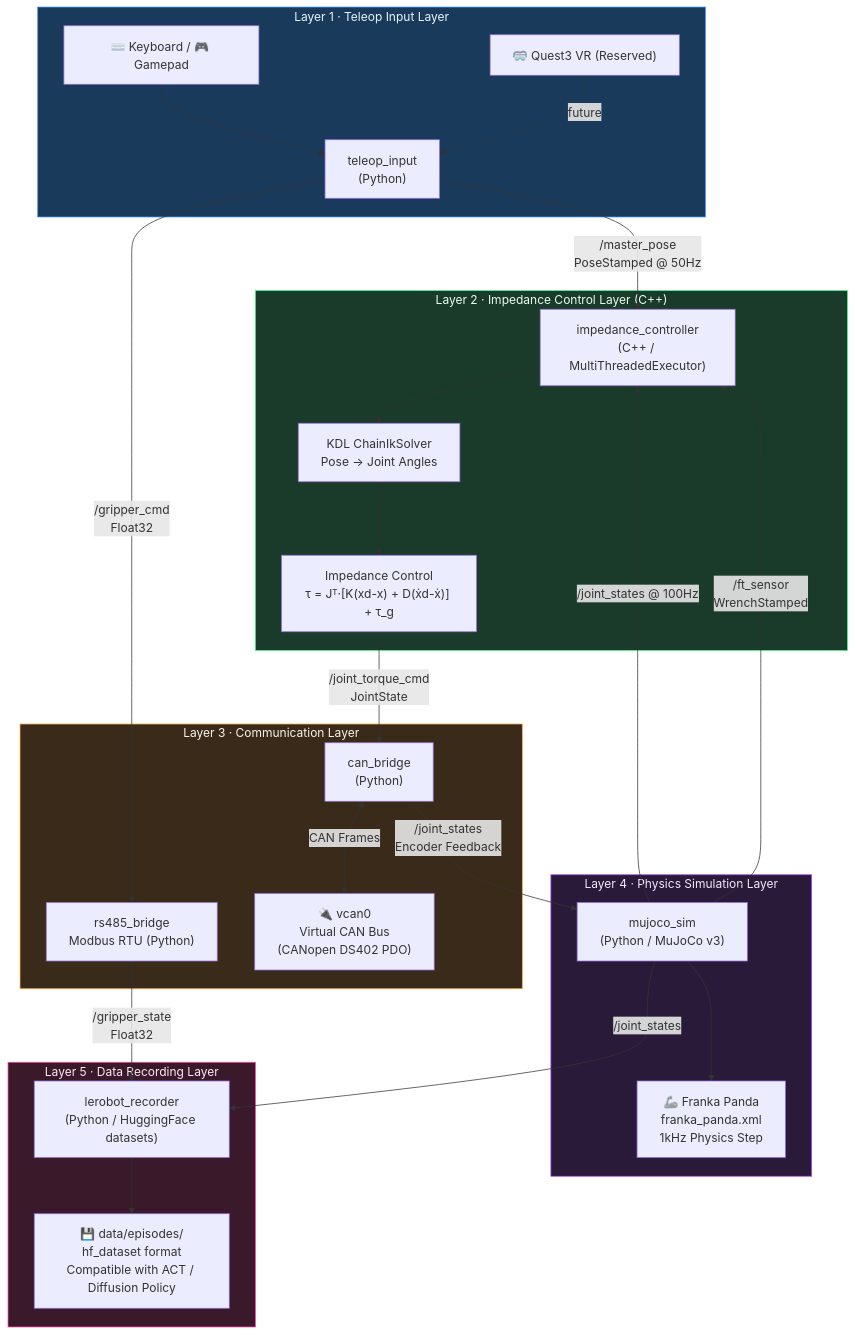
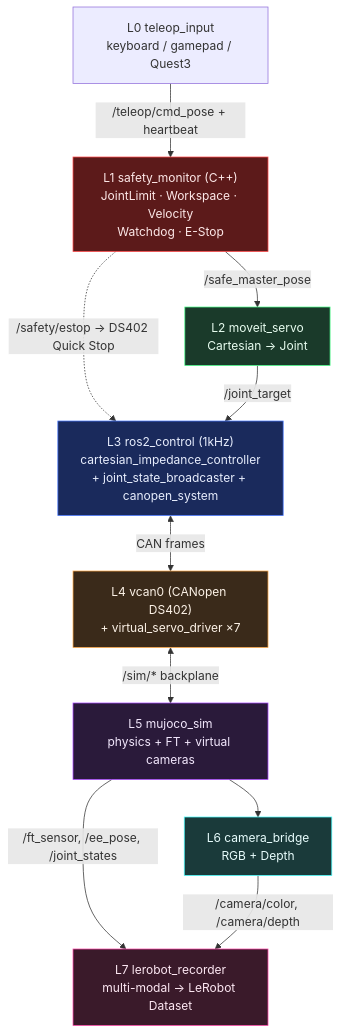
One commit to inayina/ros2-arm-teleoperation-suite changed the first of 2 diagrams in README.md. Above: the diagram before and after it, drawn with Mermaid. The commit also changed other lines of this file and 108 other files, not shown here.

Commit message:
feat(m1): wire ros2_control sim backend to MuJoCo Panda

````diff
--- a/README.md
+++ b/README.md
@@ -24,51 +28,29 @@
 ```mermaid
 flowchart TB
-    subgraph INPUT["Layer 1 · Teleop Input Layer"]
-        KBD["⌨️ Keyboard / 🎮 Gamepad"]
-        QUEST["🥽 Quest3 VR (Reserved)"]
-        TI["teleop_input\n(Python)"]
-        KBD --> TI
-        QUEST -.->|"future"| TI
-    end
+    TI["L0 teleop_input<br/>keyboard / gamepad / Quest3"]
+    SM["L1 safety_monitor (C++)<br/>JointLimit · Workspace · Velocity<br/>Watchdog · E-Stop"]
+    SV["L2 moveit_servo<br/>Cartesian → Joint"]
+    RC["L3 ros2_control (1kHz)<br/>cartesian_impedance_controller<br/>+ joint_state_broadcaster + canopen_system"]
+    FB["L4 vcan0 (CANopen DS402)<br/>+ virtual_servo_driver ×7"]
+    MJ["L5 mujoco_sim<br/>physics + FT + virtual cameras"]
+    CAM["L6 camera_bridge<br/>RGB + Depth"]
+    REC["L7 lerobot_recorder<br/>multi-modal → LeRobot Dataset"]
 
-    subgraph CTRL["Layer 2 · Impedance Control Layer (C++)"]
-        IC["impedance_controller\n(C++ / MultiThreadedExecutor)"]
-        IK["KDL ChainIkSolver\nPose → Joint Angles"]
-        IMP["Impedance Control\nτ = Jᵀ·[K(xd-x) + D(ẋd-ẋ)] + τ_g"]
-        IC --> IK --> IMP
-    end
+    TI -->|"/teleop/cmd_pose + heartbeat"| SM
+    SM -->|"/safe_master_pose"| SV
+    SM -.->|"/safety/estop → DS402 Quick Stop"| RC
+    SV -->|"/joint_target"| RC
+    RC <-->|"CAN frames"| FB
+    FB <-->|"/sim/* backplane"| MJ
+    MJ -->|"/ft_sensor, /ee_pose, /joint_states"| REC
+    MJ --> CAM
+    CAM -->|"/camera/color, /camera/depth"| REC
 
-    subgraph CAN_LAYER["Layer 3 · Communication Layer"]
-        CB["can_bridge\n(Python)"]
-        RS["rs485_bridge\nModbus RTU (Python)"]
-        VCAN["🔌 vcan0\nVirtual CAN Bus\n(CANopen DS402 PDO)"]
-        CB <-->|"CAN Frames"| VCAN
-    end
-
-    subgraph SIM["Layer 4 · Physics Simulation Layer"]
-        MJ["mujoco_sim\n(Python / MuJoCo v3)"]
-        PANDA["🦾 Franka Panda\nfranka_panda.xml\n1kHz Physics Step"]
-        MJ --> PANDA
-    end
-
-    subgraph REC["Layer 5 · Data Recording Layer"]
-        LR["lerobot_recorder\n(Python / HuggingFace datasets)"]
-        DS["💾 data/episodes/\nhf_dataset format\nCompatible with ACT / Diffusion Policy"]
-        LR --> DS
-    end
-
-    TI -->|"/master_pose\nPoseStamped @ 50Hz"| IC
-    IMP -->|"/joint_torque_cmd\nJointState"| CB
-    CB -->|"/joint_states\nEncoder Feedback"| MJ
-    RS -->|"/gripper_state\nFloat32"| LR
-    MJ -->|"/joint_states @ 100Hz"| IC
-    MJ -->|"/ft_sensor\nWrenchStamped"| IC
-    MJ -->|"/joint_states"| LR
-    TI -->|"/gripper_cmd\nFloat32"| RS
-
-    style INPUT fill:#1a3a5c,stroke:#4a9eff,color:#e8f4fd
-    style CTRL fill:#1a3a2a,stroke:#4aff8a,color:#e8fdf0
-    style CAN_LAYER fill:#3a2a1a,stroke:#ffaa4a,color:#fdf3e8
-    style SIM fill:#2a1a3a,stroke:#aa4aff,color:#f3e8fd
+    style SM fill:#5c1a1a,stroke:#ff4a4a,color:#fde8e8
+    style SV fill:#1a3a2a,stroke:#4aff8a,color:#e8fdf0
+    style RC fill:#1a2a5c,stroke:#4a7aff,color:#e8eefd
+    style FB fill:#3a2a1a,stroke:#ffaa4a,color:#fdf3e8
+    style MJ fill:#2a1a3a,stroke:#aa4aff,color:#f3e8fd
+    style CAM fill:#1a3a3a,stroke:#4affff,color:#e8fdfd
     style REC fill:#3a1a2a,stroke:#ff4aaa,color:#fde8f3
 ```
````
